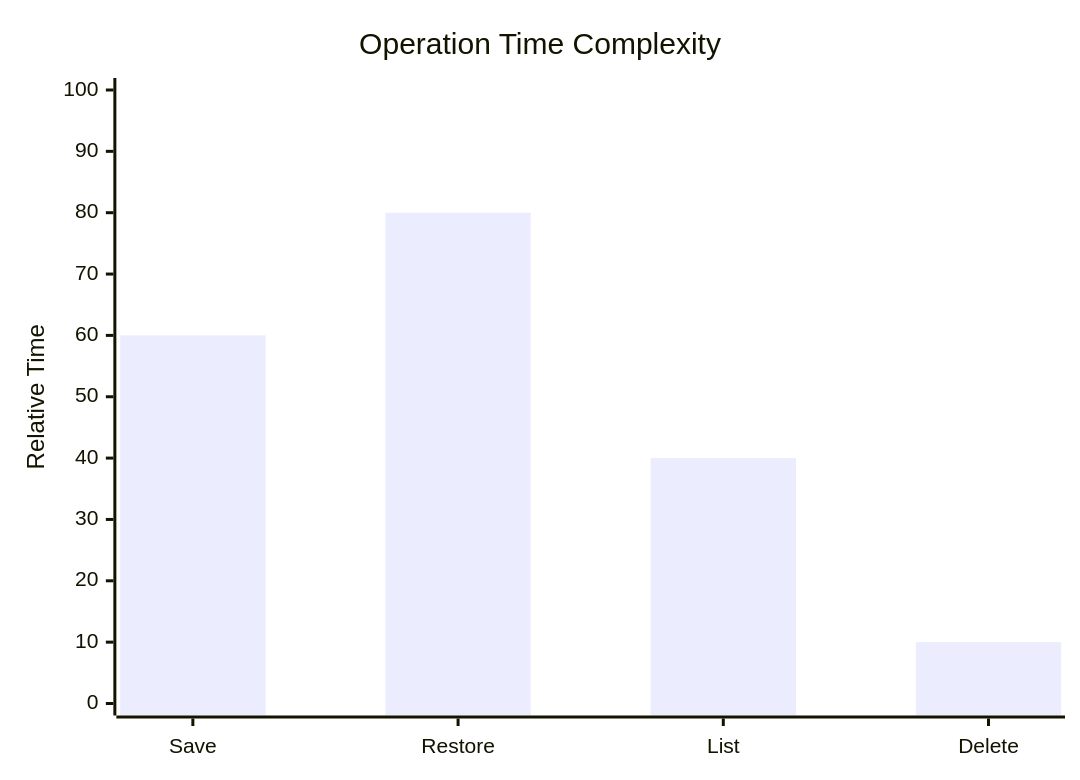
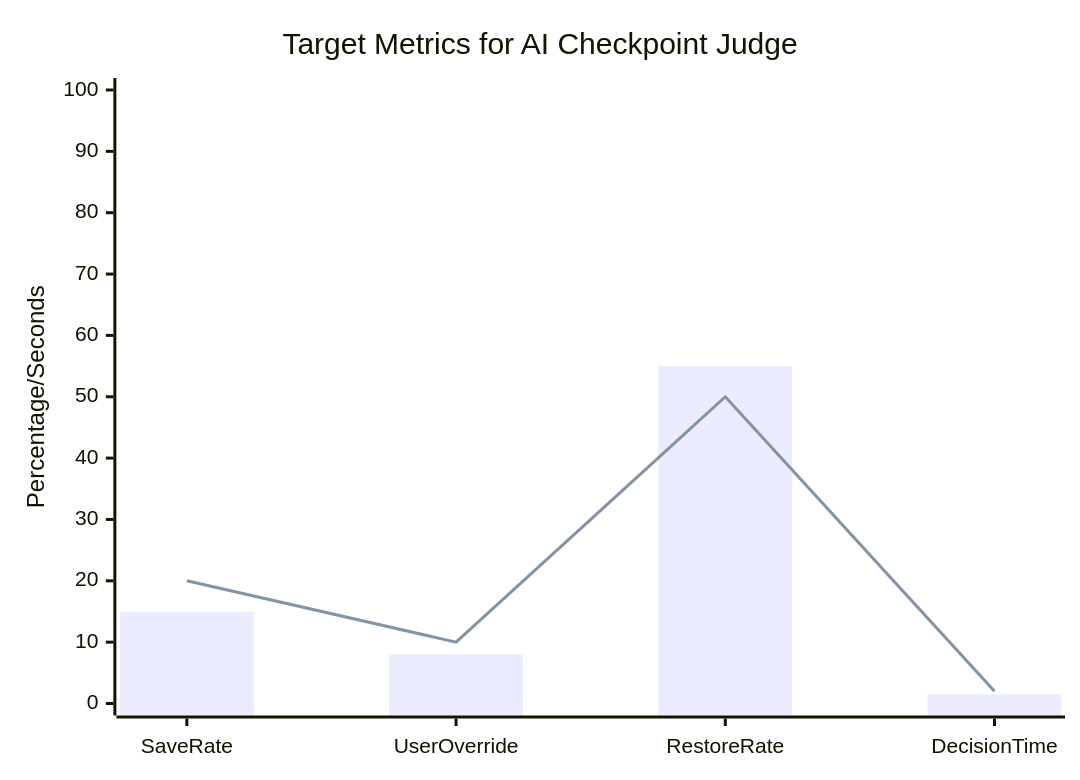
One commit to Panegyric0926/checkpoint changed diagram 18 of 21 in docs/TIME_TRAVEL.md. Above: the diagram before and after it, drawn with Mermaid. The commit also changed other lines of this file and 5 other files, not shown here.

````diff
--- a/docs/TIME_TRAVEL.md
+++ b/docs/TIME_TRAVEL.md
@@ -342,7 +699,8 @@
 ```mermaid
 xychart-beta
-    title "Operation Time Complexity"
-    x-axis [Save, Restore, List, Delete]
-    y-axis "Relative Time" 0 --> 100
-    bar [60, 80, 40, 10]
+    title "Target Metrics for AI Checkpoint Judge"
+    x-axis [Save Rate, User Override, Restore Rate, Decision Time]
+    y-axis "Percentage/Seconds" 0 --> 100
+    bar [15, 8, 55, 1.5]
+    line [20, 10, 50, 2]
 ```
````
